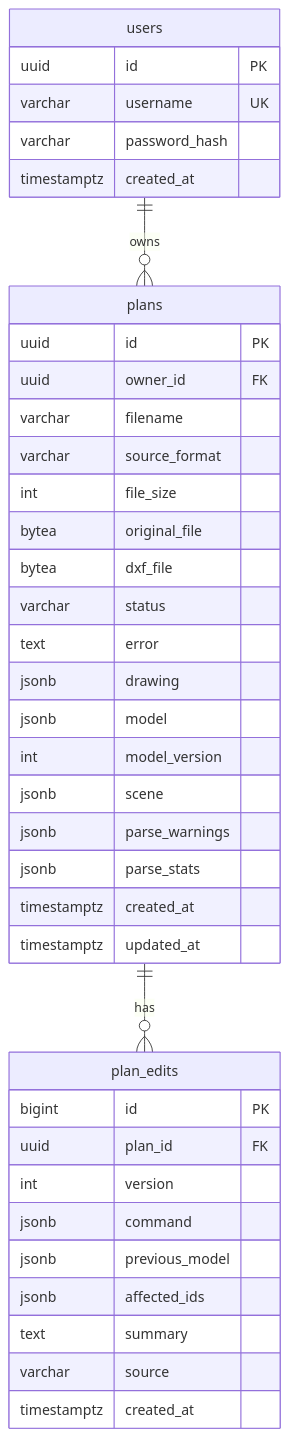
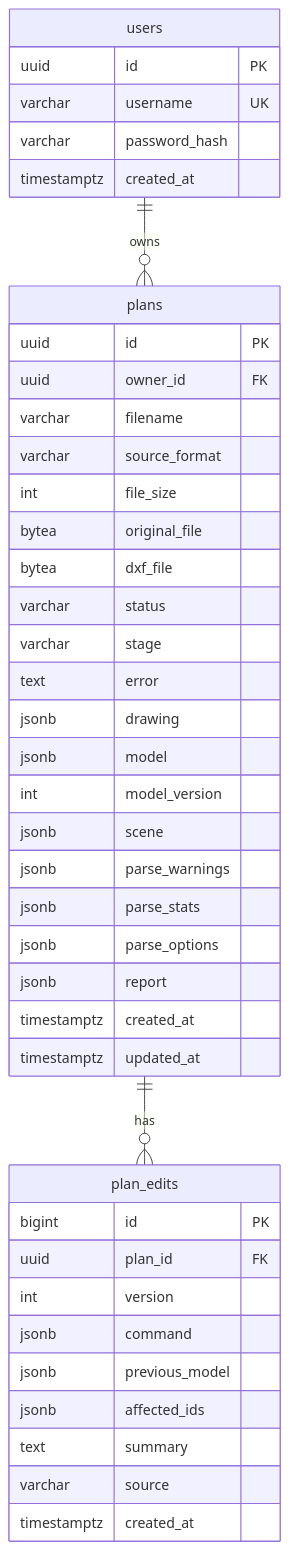
Before and after one commit to Severynson/Walkitecture: the second of 2 diagrams in ARCHITECTURE.md, drawn with Mermaid. The commit also changed other lines of this file and 69 other files, not shown here.

````diff
--- a/ARCHITECTURE.md
+++ b/ARCHITECTURE.md
@@ -330,41 +390,44 @@
 ```mermaid
 erDiagram
     users ||--o{ plans : owns
     plans ||--o{ plan_edits : has
     users {
         uuid id PK
         varchar username UK
         varchar password_hash
         timestamptz created_at
     }
     plans {
         uuid id PK
         uuid owner_id FK
         varchar filename
         varchar source_format
         int file_size
         bytea original_file
         bytea dxf_file
         varchar status
+        varchar stage
         text error
         jsonb drawing
         jsonb model
         int model_version
         jsonb scene
         jsonb parse_warnings
         jsonb parse_stats
+        jsonb parse_options
+        jsonb report
         timestamptz created_at
         timestamptz updated_at
     }
     plan_edits {
         bigint id PK
         uuid plan_id FK
         int version
         jsonb command
         jsonb previous_model
         jsonb affected_ids
         text summary
         varchar source
         timestamptz created_at
     }
 ```
````
